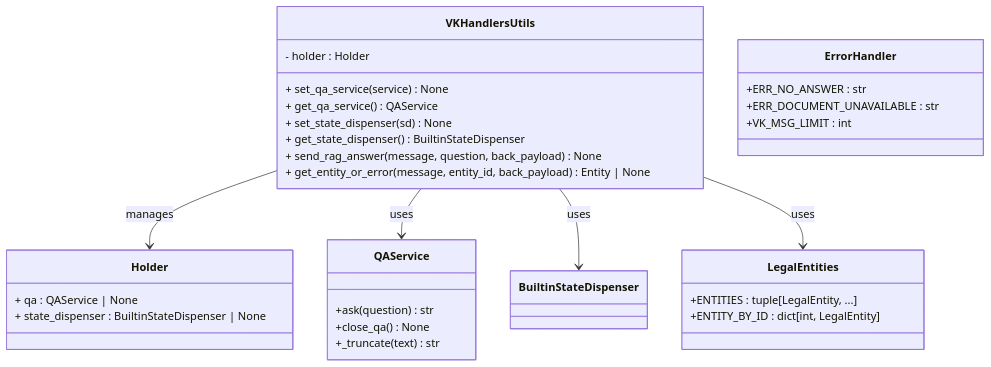
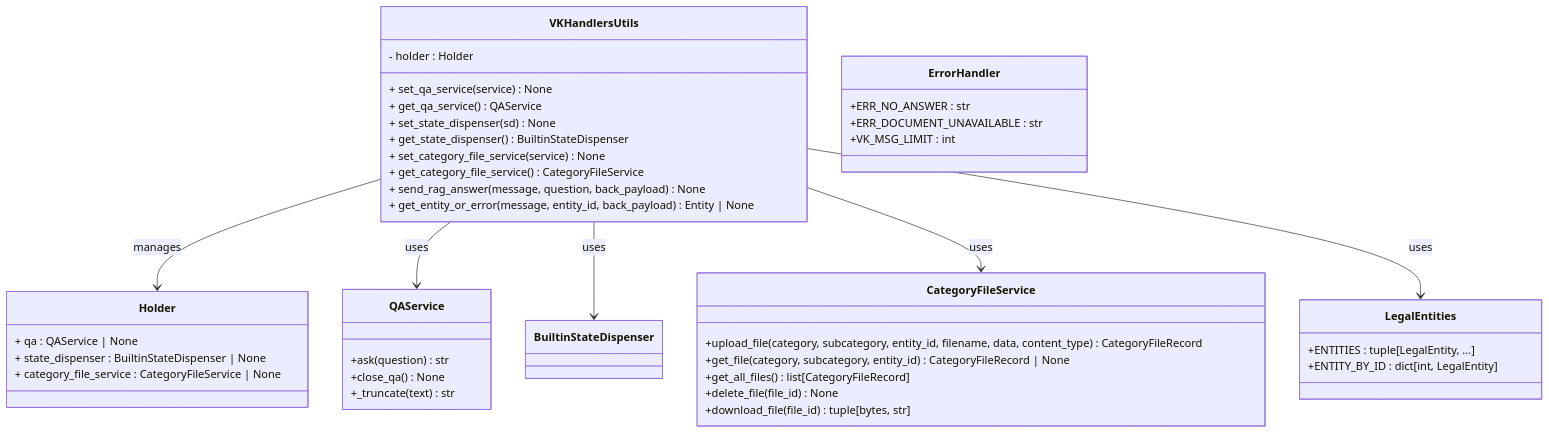
One commit to ognelis/cafetera_hr_bot changed the fourth of 18 diagrams in .qoder/repowiki/en/content/VK Integration/VK Integration.md. Above: the diagram before and after it, drawn with Mermaid. The commit also changed other lines of this file and 7 other files, not shown here.

Commit message:
CAFETERA-18 Improved fire flow

````diff
--- a/.qoder/repowiki/en/content/VK Integration/VK Integration.md
+++ b/.qoder/repowiki/en/content/VK Integration/VK Integration.md
@@ -338,34 +409,45 @@
 ```mermaid
 classDiagram
 class VKHandlersUtils {
 - holder : Holder
 + set_qa_service(service) None
 + get_qa_service() QAService
 + set_state_dispenser(sd) None
 + get_state_dispenser() BuiltinStateDispenser
++ set_category_file_service(service) None
++ get_category_file_service() CategoryFileService
 + send_rag_answer(message, question, back_payload) None
 + get_entity_or_error(message, entity_id, back_payload) Entity | None
 }
 class Holder {
 + qa : QAService | None
 + state_dispenser : BuiltinStateDispenser | None
++ category_file_service : CategoryFileService | None
 }
 class QAService {
 +ask(question) str
 +close_qa() None
 +_truncate(text) str
+}
+class CategoryFileService {
++upload_file(category, subcategory, entity_id, filename, data, content_type) CategoryFileRecord
++get_file(category, subcategory, entity_id) CategoryFileRecord | None
++get_all_files() list[CategoryFileRecord]
++delete_file(file_id) None
++download_file(file_id) tuple[bytes, str]
 }
 class ErrorHandler {
 +ERR_NO_ANSWER : str
 +ERR_DOCUMENT_UNAVAILABLE : str
 +VK_MSG_LIMIT : int
 }
 class LegalEntities {
 +ENTITIES : tuple[LegalEntity, ...]
 +ENTITY_BY_ID : dict[int, LegalEntity]
 }
 VKHandlersUtils --> Holder : manages
 VKHandlersUtils --> QAService : uses
 VKHandlersUtils --> BuiltinStateDispenser : uses
+VKHandlersUtils --> CategoryFileService : uses
 VKHandlersUtils --> LegalEntities : uses
 ```
````
